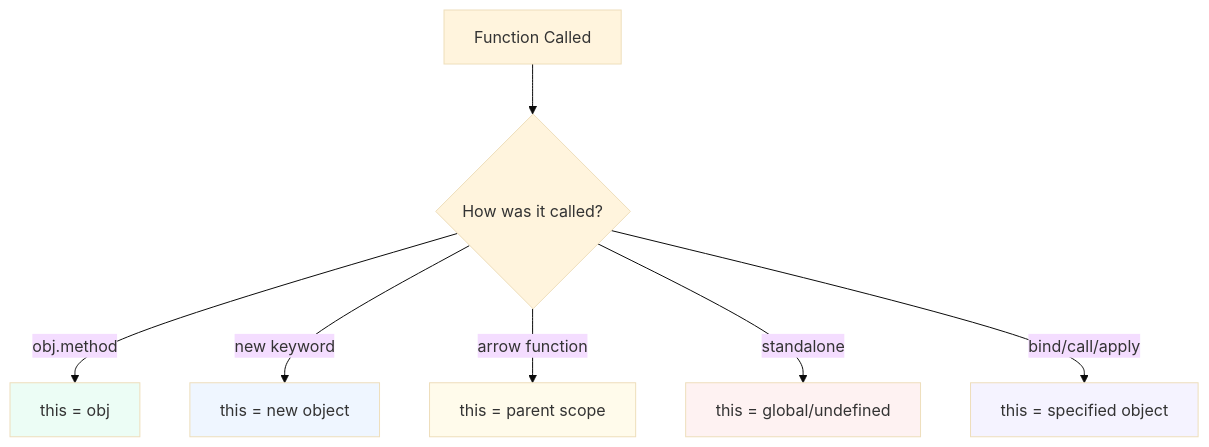
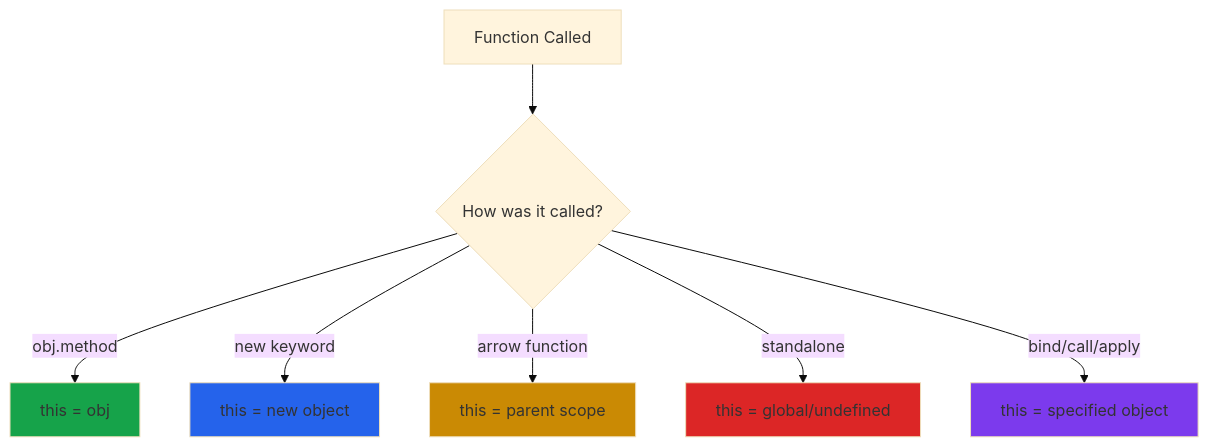
One commit to upasanaprabhakar/web-dev-handbook changed the diagram in javascript/this_keyword/README.md. Above: the diagram before and after it, drawn with Mermaid (base theme).

Commit message:
this keyword topic with examples

````diff
--- a/javascript/this_keyword/README.md
+++ b/javascript/this_keyword/README.md
@@ -97,17 +97,18 @@
 ```mermaid
 graph TD
     A[Function Called] --> B{How was it called?}
     B -->|obj.method| C[this = obj]
     B -->|new keyword| D[this = new object]
     B -->|arrow function| E[this = parent scope]
     B -->|standalone| F[this = global/undefined]
     B -->|bind/call/apply| G[this = specified object]
     
-    style C fill:#ECFDF5
-    style D fill:#EFF6FF
-    style E fill:#FFFBEB
-    style F fill:#FEF2F2
-    style G fill:#F5F3FF
+    style C fill:#16A34A
+    style D fill:#2563EB
+    style E fill:#CA8A04
+    style F fill:#DC2626
+    style G fill:#7C3AED
+
 
 
 ```
````
